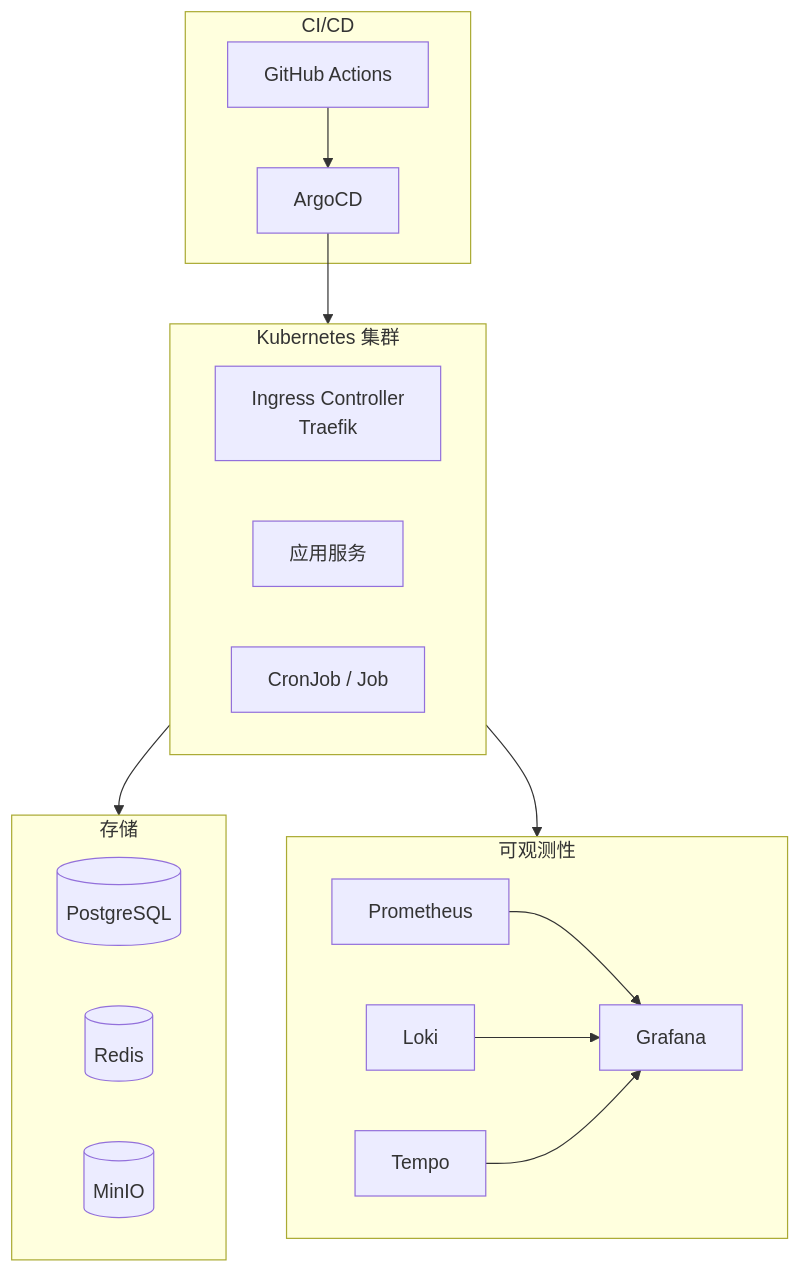
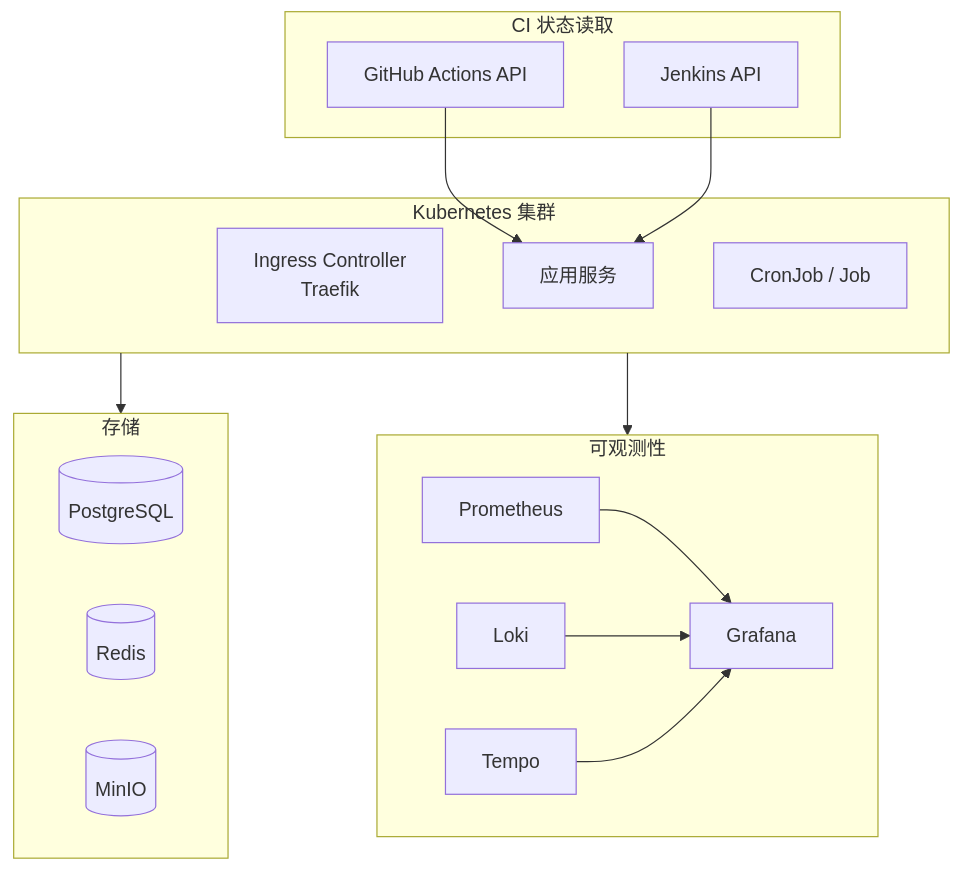
One commit to sujianjob/DevSmart changed the fifth of 6 diagrams in docs/03-architecture/Tech_Stack_Overview.md. Above: the diagram before and after it, drawn with Mermaid. The commit also changed other lines of this file and 12 other files, not shown here.

````diff
--- a/docs/03-architecture/Tech_Stack_Overview.md
+++ b/docs/03-architecture/Tech_Stack_Overview.md
@@ -324,34 +329,34 @@
 ```mermaid
 graph TB
-    subgraph CI_CD["CI/CD"]
-        GHA["GitHub Actions"]
-        ArgoCD["ArgoCD"]
+    subgraph CI_CD["CI 状态读取"]
+        GHA["GitHub Actions API"]
+        Jenkins["Jenkins API"]
     end
 
     subgraph K8s["Kubernetes 集群"]
         Ingress["Ingress Controller<br/>Traefik"]
         Services["应用服务"]
         Jobs["CronJob / Job"]
     end
 
     subgraph Observability["可观测性"]
         Prometheus["Prometheus"]
         Grafana["Grafana"]
         Loki["Loki"]
         Tempo["Tempo"]
     end
 
     subgraph Storage["存储"]
         PG[(PostgreSQL)]
         Redis[(Redis)]
         MinIO[(MinIO)]
     end
 
-    GHA --> ArgoCD
-    ArgoCD --> K8s
+    GHA --> Services
+    Jenkins --> Services
     K8s --> Storage
     K8s --> Observability
     Prometheus --> Grafana
     Loki --> Grafana
     Tempo --> Grafana
 ```
````
